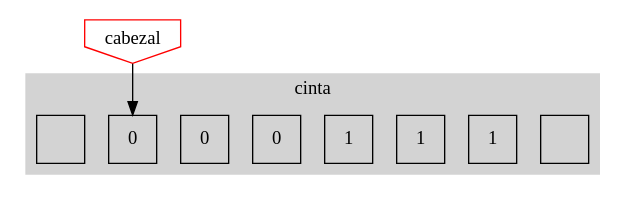
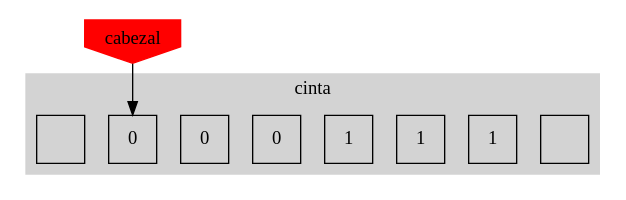
Before and after one commit to sadit/ALGO-IR: the first of 4 diagrams in cap2-analisis.qmd, drawn with Graphviz. The commit also changed other lines of this file and 19 other files, not shown here.

````diff
--- a/cap2-analisis.qmd
+++ b/cap2-analisis.qmd
@@ -54,43 +54,43 @@
  ```{dot}
 //| label: fig-turing-cinta
 //| echo: false
 //| fig-width: 60%
 //| fig-cap: |
 //|   Cabezal y cinta.
 //| 
  digraph TuringTape {
     rankdir=TB;
     node [shape=box, fixedsize=true, width=0.5];
 
     // Celdas de la cinta
     subgraph cluster_tape {
         label="cinta";
         style=filled;
         color=lightgrey;
         nodesep=0.02;
         node [margin=0.1];
         start [label=""]; // Celda vacía al inicio
         01 [label="0"];
         02 [label="0"];
         03 [label="0"];
         11 [label="1"];
         12 [label="1"];
         13 [label="1"];
         end [label=""]; // Celda vacía al final
 
         // Organizar las celdas en una línea horizontal
         {
             rank=same;
             nodesep=0.02;
             start -> 01 -> 02 -> 03 -> 11 -> 12 -> 13 -> end [style=invis, width=0.02];
         }
     }
     
     // Cabezal de la máquina de Turing
-    node [shape=invhouse, label="cabezal", color=red, style=filledk, width=1, height=0.5];
+    node [shape=invhouse, label="cabezal", color=red, style=filled, width=1, height=0.5];
     head;
 
     // Conectar el cabezal a la celda que se lee
     head -> 01;
 }
 ```
````
